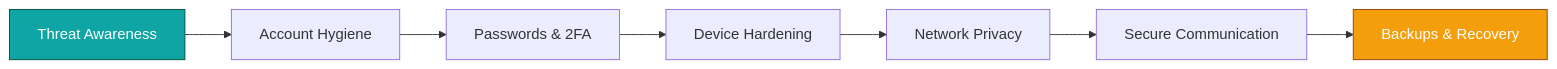
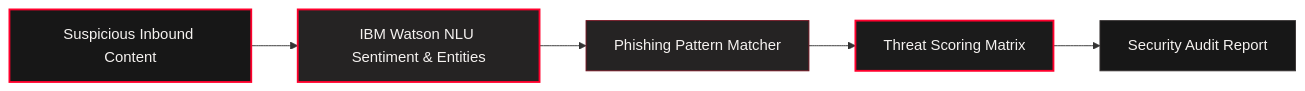
The diagram in README.md (prak05/online-privacy-security), drawn with Mermaid before and after one commit. The commit also changed other lines of this file, not shown here.

Commit message:
docs: modernize README.md with Dark Charcoal & Hot Red Bento architecture [skip ci]

````diff
--- a/README.md
+++ b/README.md
@@ -55,11 +49,12 @@
 ```mermaid
-graph LR
-A[Threat Awareness] --> B[Account Hygiene]
-B --> C[Passwords & 2FA]
-C --> D[Device Hardening]
-D --> E[Network Privacy]
-E --> F[Secure Communication]
-F --> G[Backups & Recovery]
-style A fill:#0ea5a4,stroke:#064e3b,color:#fff
-style G fill:#f59e0b,stroke:#92400e,color:#fff
+flowchart LR
+    A["Suspicious Inbound Content"] --> B["IBM Watson NLU Sentiment & Entities"]
+    B --> C["Phishing Pattern Matcher"]
+    C --> D["Threat Scoring Matrix"]
+    D --> E["Security Audit Report"]
+    style A fill:#171717,stroke:#FF002D,stroke-width:2px,color:#F5F2F0
+    style B fill:#252323,stroke:#FF002D,stroke-width:2px,color:#F5F2F0
+    style C fill:#252323,stroke:#74121F,stroke-width:1px,color:#F5F2F0
+    style D fill:#1b1b1b,stroke:#FF002D,stroke-width:2px,color:#F5F2F0
+    style E fill:#171717,stroke:#393434,stroke-width:1px,color:#F5F2F0
 ```
````
